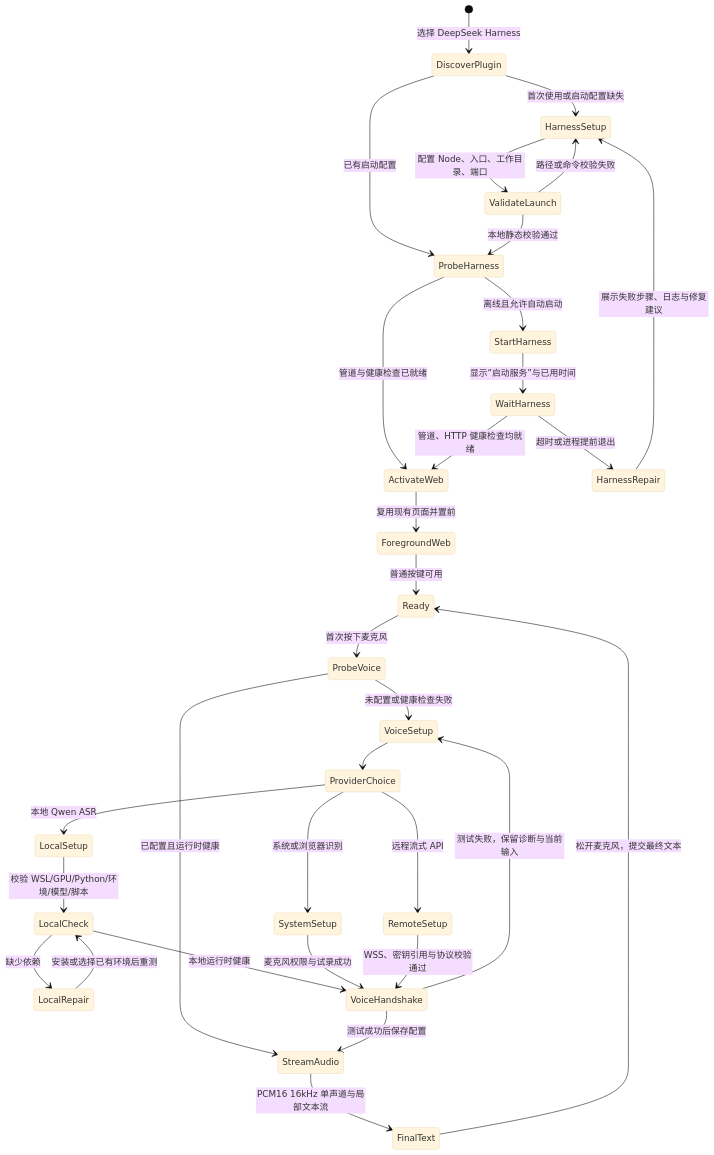
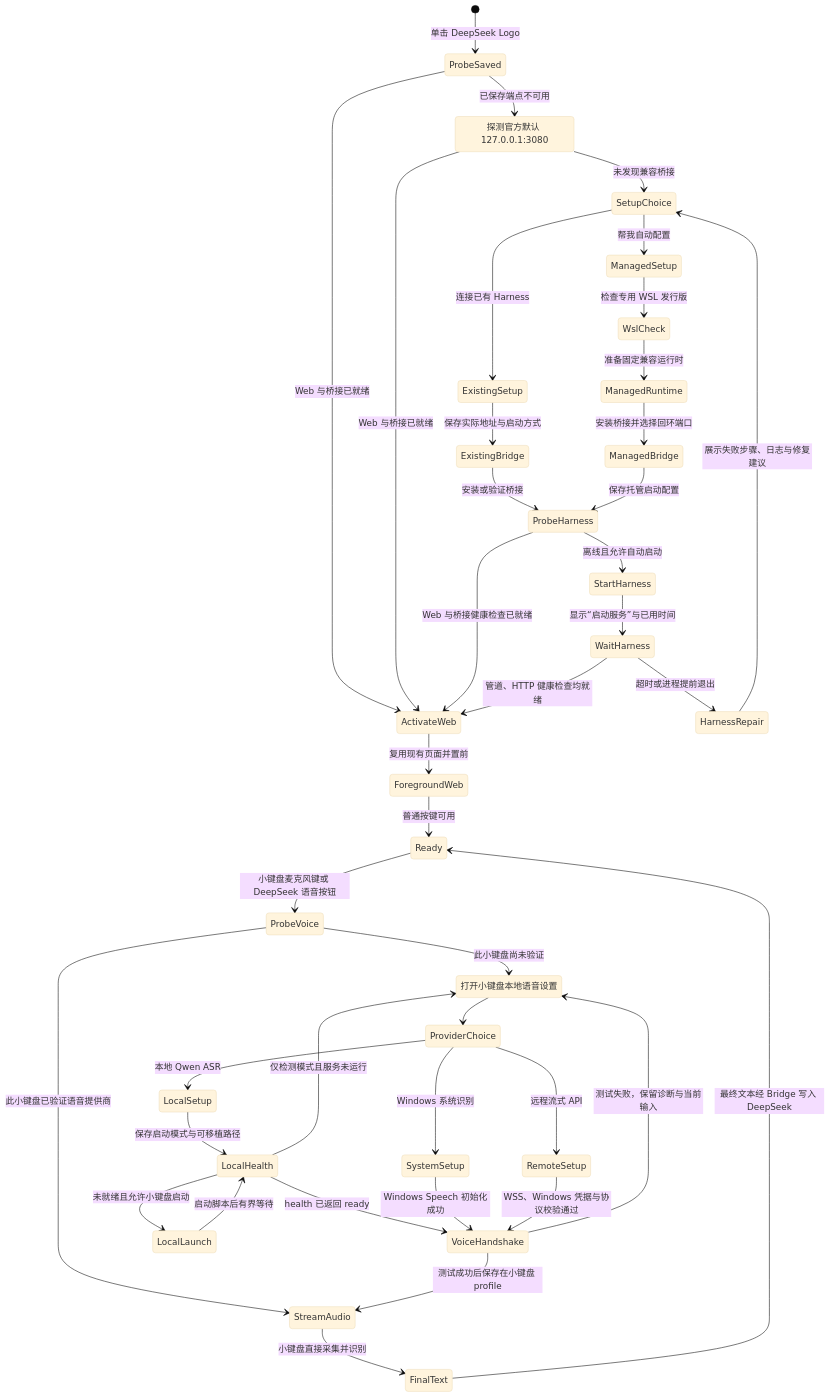
The first of 2 diagrams in virtual-micro/DESIGN.zh-CN.md (gantrol/AgentController), drawn with Mermaid (base theme) before and after one commit. The commit also changed other lines of this file and 71 other files, not shown here.

````diff
--- a/virtual-micro/DESIGN.zh-CN.md
+++ b/virtual-micro/DESIGN.zh-CN.md
@@ -323,36 +324,46 @@
 ```mermaid
 stateDiagram-v2
-    [*] --> DiscoverPlugin: 选择 DeepSeek Harness
-    DiscoverPlugin --> HarnessSetup: 首次使用或启动配置缺失
-    DiscoverPlugin --> ProbeHarness: 已有启动配置
-    HarnessSetup --> ValidateLaunch: 配置 Node、入口、工作目录、端口
-    ValidateLaunch --> HarnessSetup: 路径或命令校验失败
-    ValidateLaunch --> ProbeHarness: 本地静态校验通过
-    ProbeHarness --> ActivateWeb: 管道与健康检查已就绪
+    [*] --> ProbeSaved: 单击 DeepSeek Logo
+    ProbeSaved --> ProbeDefault: 已保存端点不可用
+    ProbeDefault: 探测官方默认 127.0.0.1:3080
+    ProbeSaved --> ActivateWeb: Web 与桥接已就绪
+    ProbeDefault --> ActivateWeb: Web 与桥接已就绪
+    ProbeDefault --> SetupChoice: 未发现兼容桥接
+    SetupChoice --> ExistingSetup: 连接已有 Harness
+    SetupChoice --> ManagedSetup: 帮我自动配置
+    ExistingSetup --> ExistingBridge: 保存实际地址与启动方式
+    ExistingBridge --> ProbeHarness: 安装或验证桥接
+    ManagedSetup --> WslCheck: 检查专用 WSL 发行版
+    WslCheck --> ManagedRuntime: 准备固定兼容运行时
+    ManagedRuntime --> ManagedBridge: 安装桥接并选择回环端口
+    ManagedBridge --> ProbeHarness: 保存托管启动配置
+    ProbeHarness --> ActivateWeb: Web 与桥接健康检查已就绪
     ProbeHarness --> StartHarness: 离线且允许自动启动
     StartHarness --> WaitHarness: 显示“启动服务”与已用时间
     WaitHarness --> ActivateWeb: 管道、HTTP 健康检查均就绪
     WaitHarness --> HarnessRepair: 超时或进程提前退出
-    HarnessRepair --> HarnessSetup: 展示失败步骤、日志与修复建议
+    HarnessRepair --> SetupChoice: 展示失败步骤、日志与修复建议
     ActivateWeb --> ForegroundWeb: 复用现有页面并置前
     ForegroundWeb --> Ready: 普通按键可用
 
-    Ready --> ProbeVoice: 首次按下麦克风
-    ProbeVoice --> StreamAudio: 已配置且运行时健康
-    ProbeVoice --> VoiceSetup: 未配置或健康检查失败
+    Ready --> ProbeVoice: 小键盘麦克风键或 DeepSeek 语音按钮
+    ProbeVoice --> StreamAudio: 此小键盘已验证语音提供商
+    ProbeVoice --> VoiceSetup: 此小键盘尚未验证
+    VoiceSetup: 打开小键盘本地语音设置
     VoiceSetup --> ProviderChoice
     state ProviderChoice <<choice>>
     ProviderChoice --> LocalSetup: 本地 Qwen ASR
-    ProviderChoice --> SystemSetup: 系统或浏览器识别
+    ProviderChoice --> SystemSetup: Windows 系统识别
     ProviderChoice --> RemoteSetup: 远程流式 API
-    LocalSetup --> LocalCheck: 校验 WSL/GPU/Python/环境/模型/脚本
-    LocalCheck --> LocalRepair: 缺少依赖
-    LocalRepair --> LocalCheck: 安装或选择已有环境后重测
-    LocalCheck --> VoiceHandshake: 本地运行时健康
-    SystemSetup --> VoiceHandshake: 麦克风权限与试录成功
-    RemoteSetup --> VoiceHandshake: WSS、密钥引用与协议校验通过
+    LocalSetup --> LocalHealth: 保存启动模式与可移植路径
+    LocalHealth --> VoiceHandshake: health 已返回 ready
+    LocalHealth --> LocalLaunch: 未就绪且允许小键盘启动
+    LocalLaunch --> LocalHealth: 启动脚本后有界等待
+    LocalHealth --> VoiceSetup: 仅检测模式且服务未运行
+    SystemSetup --> VoiceHandshake: Windows Speech 初始化成功
+    RemoteSetup --> VoiceHandshake: WSS、Windows 凭据与协议校验通过
     VoiceHandshake --> VoiceSetup: 测试失败，保留诊断与当前输入
-    VoiceHandshake --> StreamAudio: 测试成功后保存配置
-    StreamAudio --> FinalText: PCM16 16kHz 单声道与局部文本流
-    FinalText --> Ready: 松开麦克风，提交最终文本
+    VoiceHandshake --> StreamAudio: 测试成功后保存在小键盘 profile
+    StreamAudio --> FinalText: 小键盘直接采集并识别
+    FinalText --> Ready: 最终文本经 Bridge 写入 DeepSeek
 ```
````
